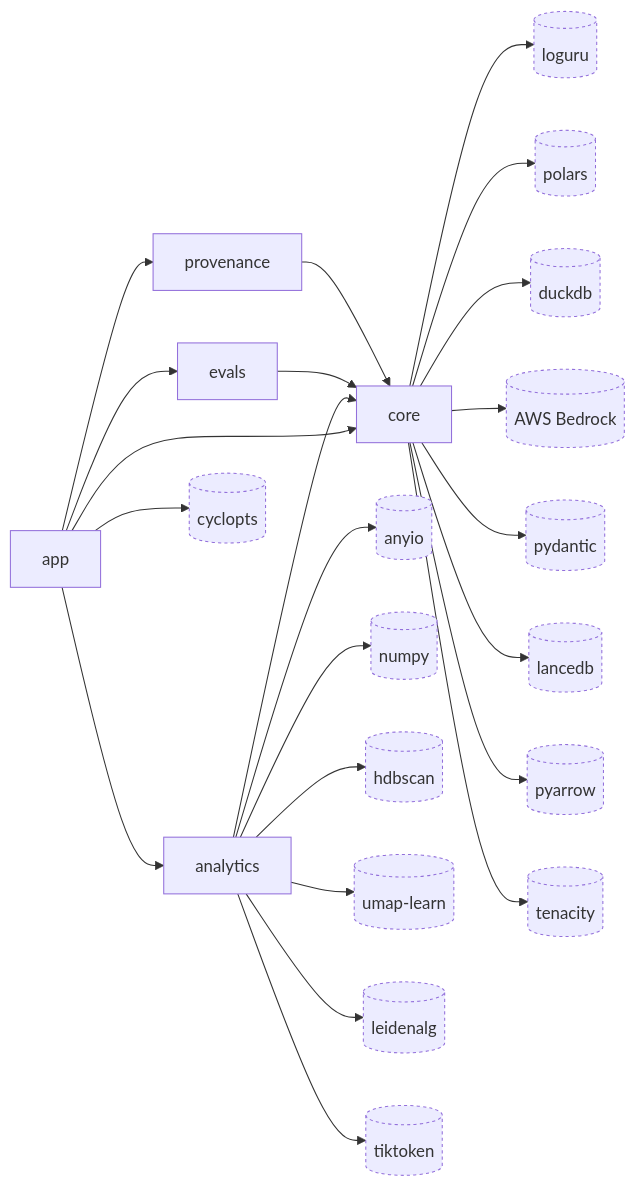
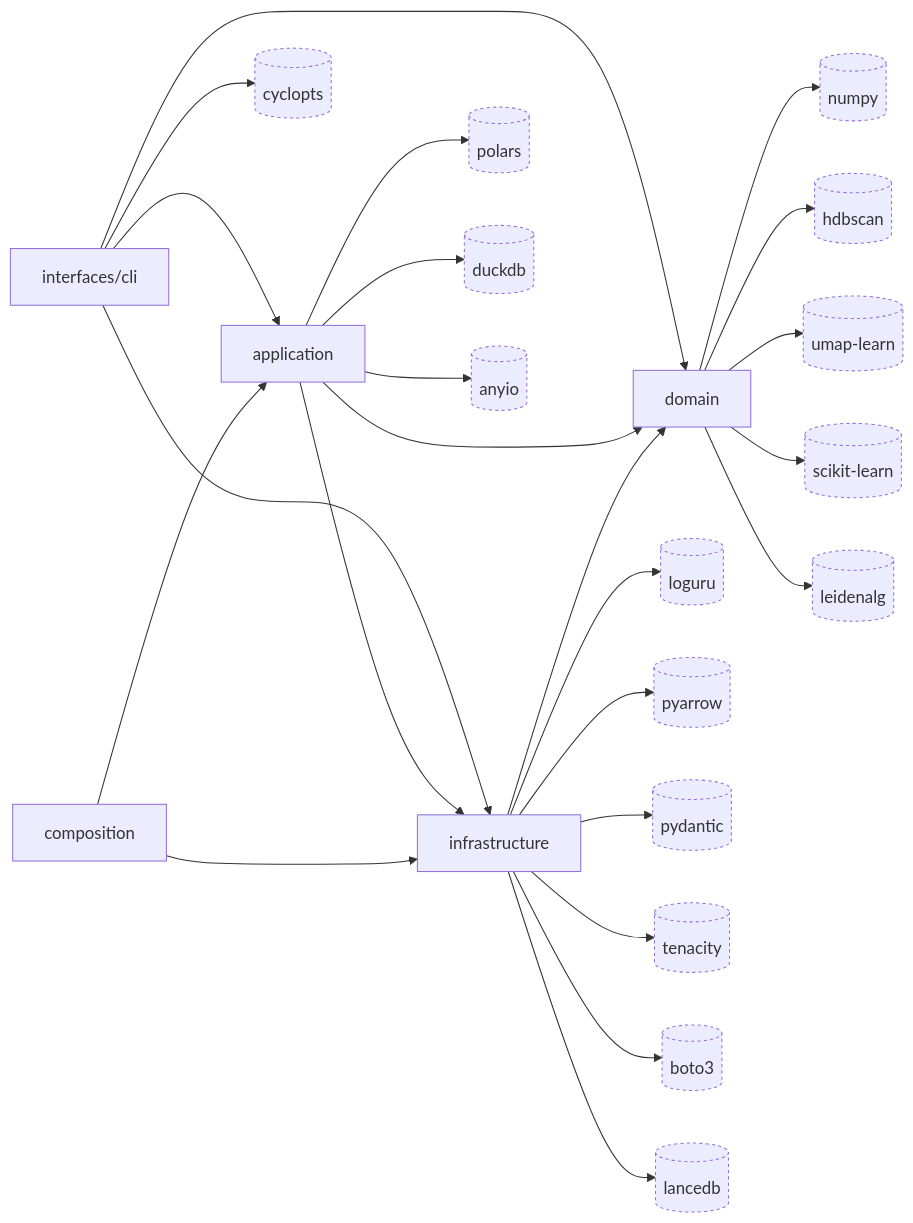
One commit to theagenticguy/claude-sql changed the diagram in docs/diagrams/structural/dependency-graph.md. Above: the diagram before and after it, drawn with Mermaid. The commit also changed other lines of this file and 279 other files, not shown here.

First line of the commit message:
feat(v2)!: hexagonal architecture — domain/application/infrastructure/interfaces (#159)

````diff
--- a/docs/diagrams/structural/dependency-graph.md
+++ b/docs/diagrams/structural/dependency-graph.md
@@ -3,52 +5,51 @@
 ```mermaid
 flowchart LR
-    classDef external stroke-dasharray: 3 3
+    ui[interfaces/cli]
+    app[application]
+    infra[infrastructure]
+    domain[domain]
+    comp[composition]
 
-    app[app]
-    core[core]
-    analytics[analytics]
-    evals[evals]
-    provenance[provenance]
+    ui --> app
+    ui --> infra
+    ui --> domain
+    app --> infra
+    app --> domain
+    infra --> domain
+    comp --> app
+    comp --> infra
 
-    loguru[(loguru)]:::external
+    cyclopts[(cyclopts)]:::external
     polars[(polars)]:::external
     duckdb[(duckdb)]:::external
-    bedrock[(AWS Bedrock)]:::external
+    anyio[(anyio)]:::external
+    loguru[(loguru)]:::external
+    pyarrow[(pyarrow)]:::external
     pydantic[(pydantic)]:::external
+    tenacity[(tenacity)]:::external
+    boto3[(boto3)]:::external
     lancedb[(lancedb)]:::external
-    pyarrow[(pyarrow)]:::external
-    tenacity[(tenacity)]:::external
-    anyio[(anyio)]:::external
     numpy[(numpy)]:::external
-    cyclopts[(cyclopts)]:::external
     hdbscan[(hdbscan)]:::external
     umap[(umap-learn)]:::external
+    sklearn[(scikit-learn)]:::external
     leidenalg[(leidenalg)]:::external
-    tiktoken[(tiktoken)]:::external
 
-    app --> core
-    app --> analytics
-    app --> evals
-    app --> provenance
-    analytics --> core
-    evals --> core
-    provenance --> core
+    ui --> cyclopts
+    app --> polars
+    app --> duckdb
+    app --> anyio
+    infra --> loguru
+    infra --> pyarrow
+    infra --> pydantic
+    infra --> tenacity
+    infra --> boto3
+    infra --> lancedb
+    domain --> numpy
+    domain --> hdbscan
+    domain --> umap
+    domain --> sklearn
+    domain --> leidenalg
 
-    app --> cyclopts
-
-    core --> loguru
-    core --> polars
-    core --> duckdb
-    core --> bedrock
-    core --> pydantic
-    core --> lancedb
-    core --> pyarrow
-    core --> tenacity
-
-    analytics --> anyio
-    analytics --> numpy
-    analytics --> tiktoken
-    analytics --> hdbscan
-    analytics --> umap
-    analytics --> leidenalg
+    classDef external stroke-dasharray: 3 3
 ```
````
